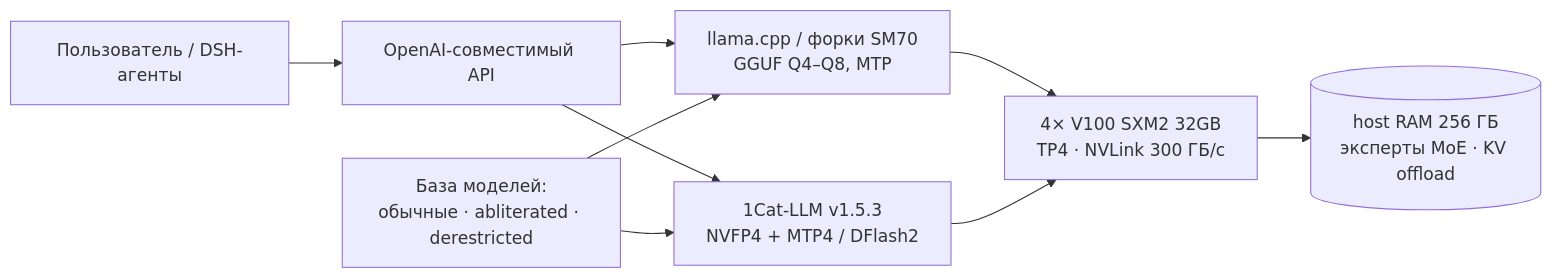
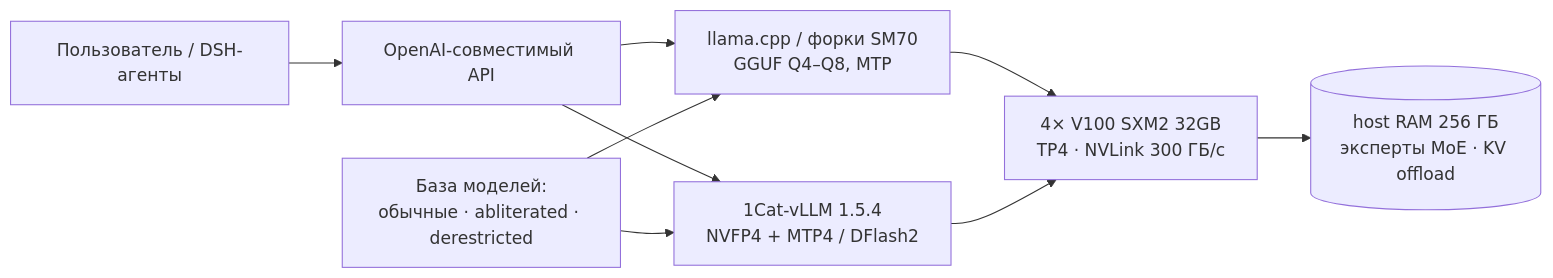
Before and after one commit to rukazax/local-llm: the first of 2 diagrams in README.md, drawn with Mermaid. The commit also changed other lines of this file and 17 other files, not shown here.

First line of the commit message:
docs(08): 1Cat-vLLM 1.5.4 — NVFP4 + DFlash2/MTP on 4×V100 (425 tok/s single, 1139 aggregate)

````diff
--- a/README.md
+++ b/README.md
@@ -81,11 +82,11 @@
 ```mermaid
 flowchart LR
     U[Пользователь / DSH-агенты] --> API[OpenAI-совместимый API]
     API --> ENG1[llama.cpp / форки SM70\nGGUF Q4–Q8, MTP]
-    API --> ENG2[1Cat-LLM v1.5.3\nNVFP4 + MTP4 / DFlash2]
+    API --> ENG2[1Cat-vLLM 1.5.4\nNVFP4 + MTP4 / DFlash2]
     ENG1 --> GPU0[4× V100 SXM2 32GB\nTP4 · NVLink 300 ГБ/с]
     ENG2 --> GPU0
     GPU0 --> RAM[(host RAM 256 ГБ\nэксперты MoE · KV offload)]
     MODELS[База моделей:\nобычные · abliterated · derestricted] --> ENG1
     MODELS --> ENG2
 ```
````
